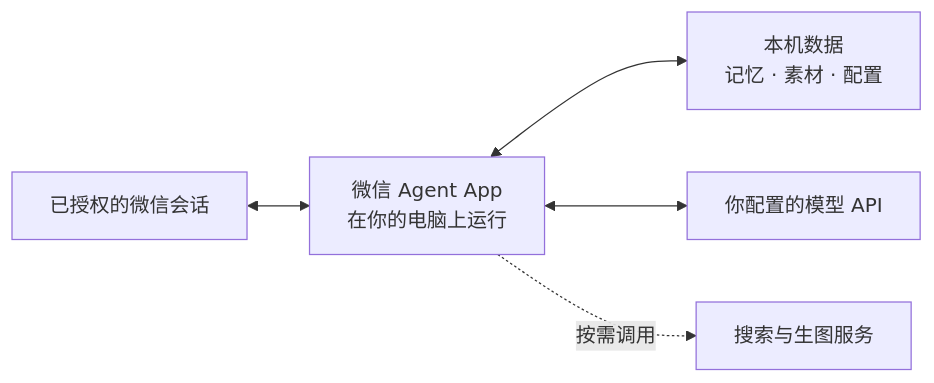
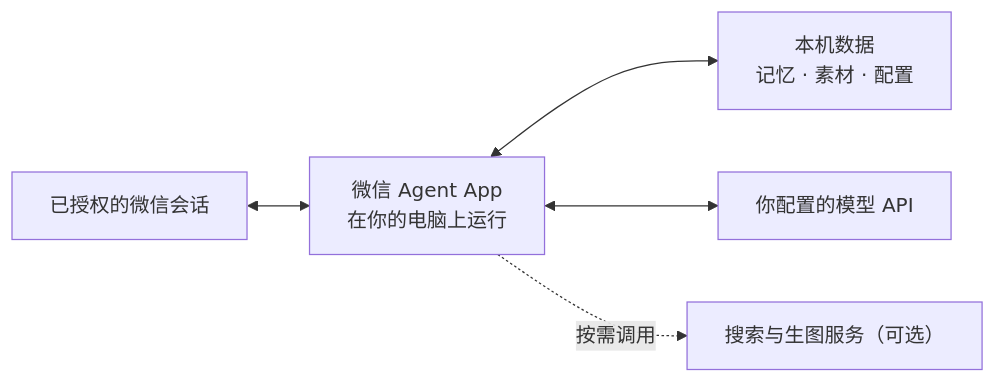
Before and after one commit to Bozheng-Li/Wechat-agent-app: the diagram in README.md, drawn with Mermaid. The commit also changed other lines of this file and 18 other files, not shown here.

````diff
--- a/README.md
+++ b/README.md
@@ -120,7 +318,7 @@
 ```mermaid
 flowchart LR
     WX["已授权的微信会话"] <--> APP["微信 Agent App<br/>在你的电脑上运行"]
     APP <--> DATA["本机数据<br/>记忆 · 素材 · 配置"]
     APP <--> MODEL["你配置的模型 API"]
-    APP -. 按需调用 .-> SERVICES["搜索与生图服务"]
+    APP -. 按需调用 .-> SERVICES["搜索与生图服务（可选）"]
 ```
````
